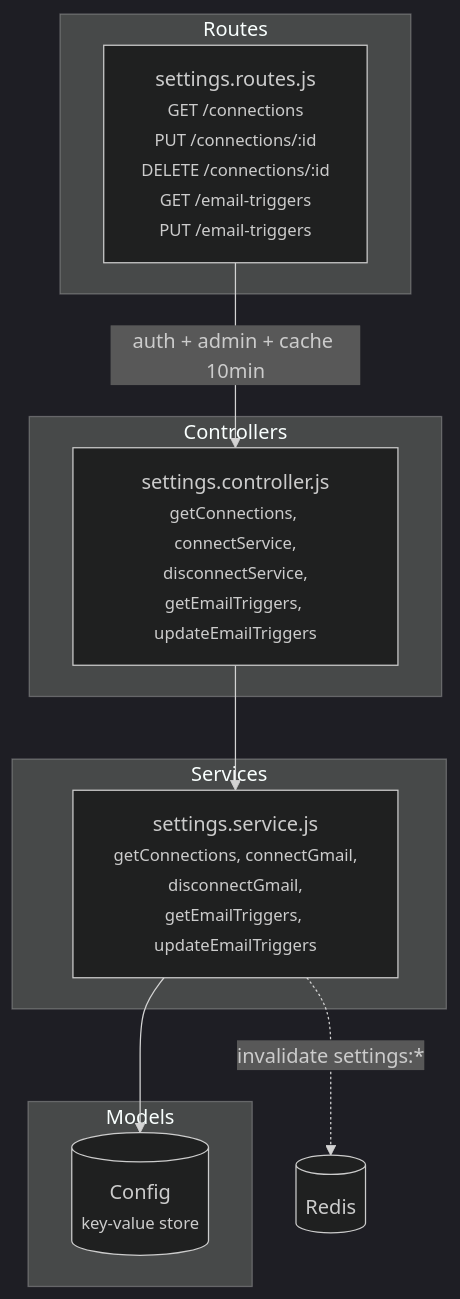
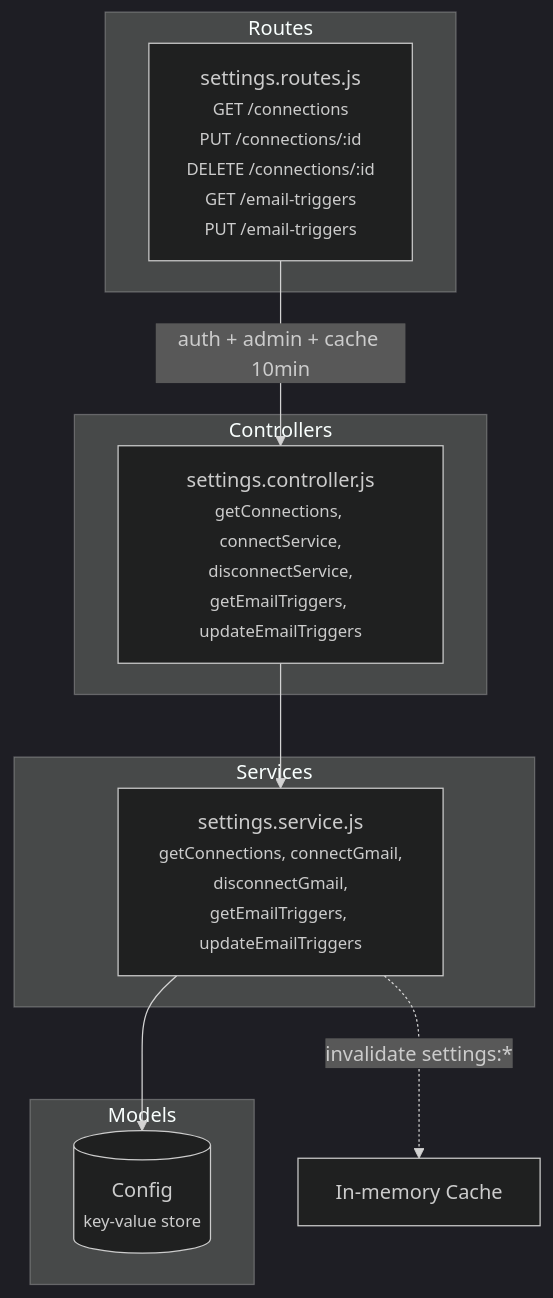
The diagram in src/settings/README.md (Akhilan11/oops-backend), drawn with Mermaid (dark theme) before and after one commit. The commit also changed 12 other files, not shown here.

````diff
--- a/src/settings/README.md
+++ b/src/settings/README.md
@@ -7,23 +7,23 @@
 ```mermaid
 graph TB
     subgraph "Routes"
         R[settings.routes.js<br/><small>GET /connections<br/>PUT /connections/:id<br/>DELETE /connections/:id<br/>GET /email-triggers<br/>PUT /email-triggers</small>]
     end
 
     subgraph "Controllers"
         C[settings.controller.js<br/><small>getConnections, connectService,<br/>disconnectService,<br/>getEmailTriggers, updateEmailTriggers</small>]
     end
 
     subgraph "Services"
         S[settings.service.js<br/><small>getConnections, connectGmail,<br/>disconnectGmail,<br/>getEmailTriggers, updateEmailTriggers</small>]
     end
 
     subgraph "Models"
         M[(Config<br/><small>key-value store</small>)]
     end
 
     R -->|auth + admin + cache 10min| C
     C --> S
     S --> M
-    S -.->|invalidate settings:*| REDIS[(Redis)]
+    S -.->|invalidate settings:*| CACHE[In-memory Cache]
 ```
````
